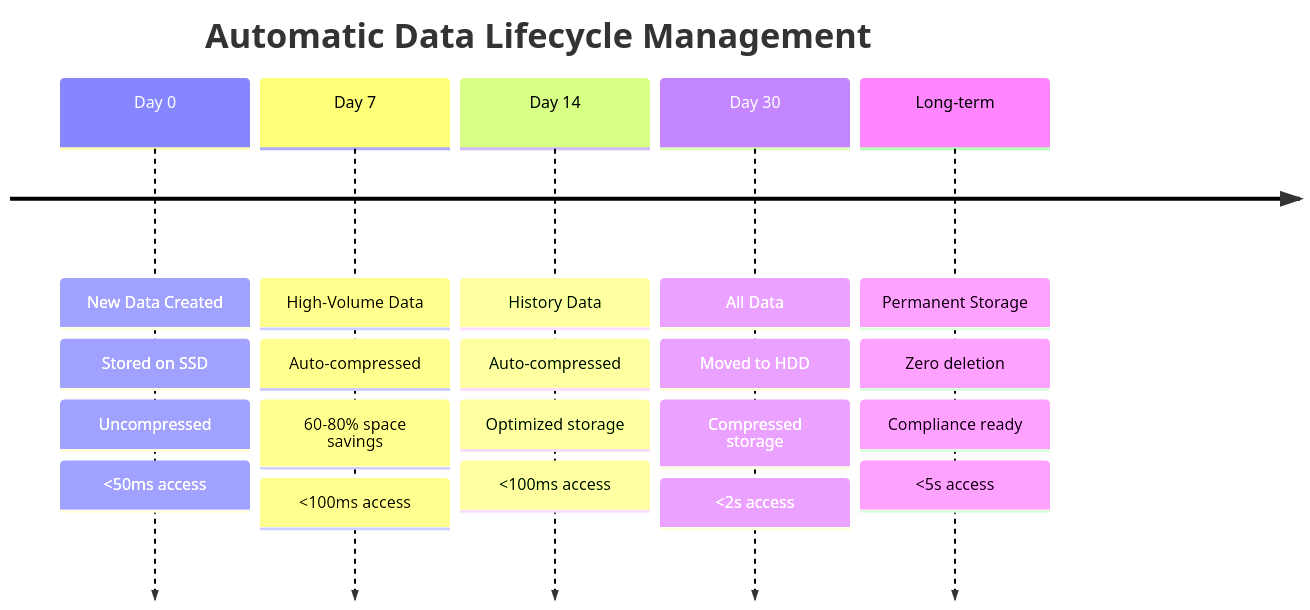
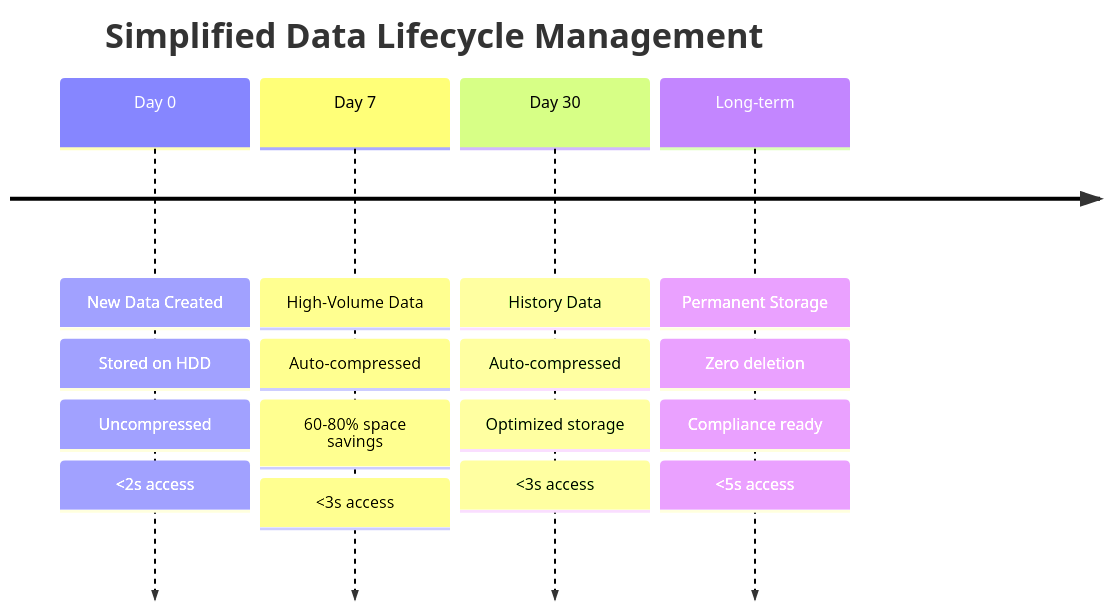
Before and after one commit to rcdelacruz/prs-prod-workplan: the second of 2 diagrams in docs/docs/hardware/storage.md, drawn with Mermaid. The commit also changed other lines of this file and 78 other files, not shown here.

First line of the commit message:
Add TimescaleDB management scripts for compression setup, health monitoring, and storage validation

````diff
--- a/docs/docs/hardware/storage.md
+++ b/docs/docs/hardware/storage.md
@@ -136,29 +120,24 @@
 ```mermaid
 timeline
-    title Automatic Data Lifecycle Management
+    title Simplified Data Lifecycle Management
 
     Day 0     : New Data Created
-              : Stored on SSD
+              : Stored on HDD
               : Uncompressed
-              : <50ms access
+              : <2s access
 
     Day 7     : High-Volume Data
               : Auto-compressed
               : 60-80% space savings
-              : <100ms access
+              : <3s access
 
-    Day 14    : History Data
+    Day 30    : History Data
               : Auto-compressed
               : Optimized storage
-              : <100ms access
-
-    Day 30    : All Data
-              : Moved to HDD
-              : Compressed storage
-              : <2s access
+              : <3s access
 
     Long-term : Permanent Storage
               : Zero deletion
               : Compliance ready
               : <5s access
 ```
````
